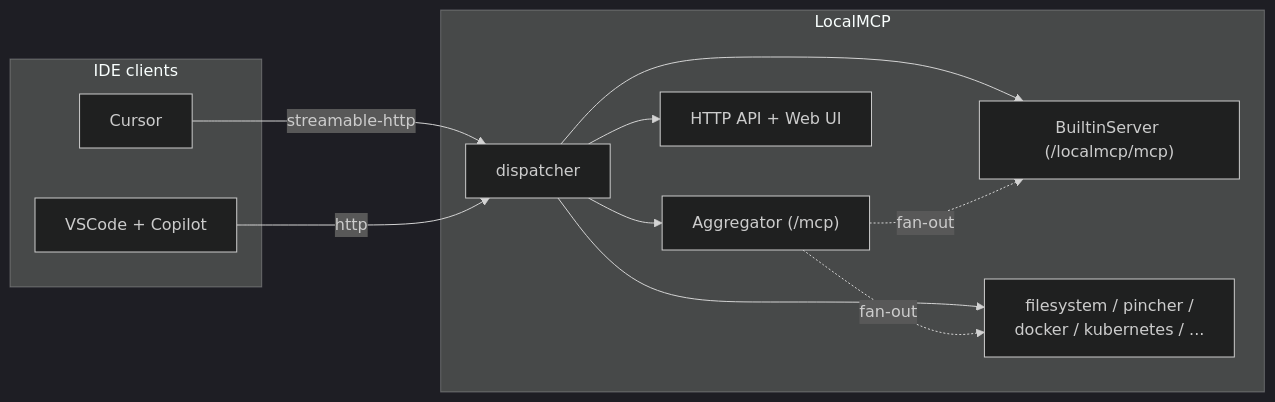
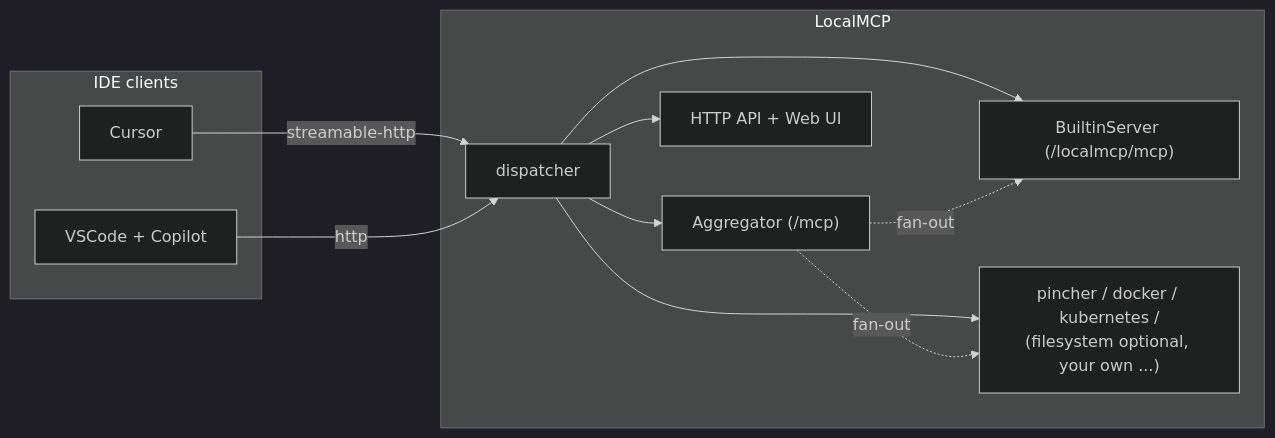
One commit to kmechlin/zelosmcp changed the diagram in README.md. Above: the diagram before and after it, drawn with Mermaid (dark theme). The commit also changed other lines of this file and 18 other files, not shown here.

````diff
--- a/README.md
+++ b/README.md
@@ -48,22 +26,22 @@
 ```mermaid
 flowchart LR
   subgraph clients [IDE clients]
     cursor["Cursor"]
     vscode["VSCode + Copilot"]
   end
   subgraph proxy [LocalMCP]
     dispatch["dispatcher"]
     agg["Aggregator (/mcp)"]
     builtin["BuiltinServer (/localmcp/mcp)"]
-    other["filesystem / pincher /\ndocker / kubernetes / ..."]
+    other["pincher / docker / kubernetes /\n(filesystem optional, your own ...)"]
     api["HTTP API + Web UI"]
   end
   cursor -->|"streamable-http"| dispatch
   vscode -->|"http"| dispatch
   dispatch --> agg
   dispatch --> builtin
   dispatch --> other
   dispatch --> api
   agg -.->|"fan-out"| builtin
   agg -.->|"fan-out"| other
 ```
````
